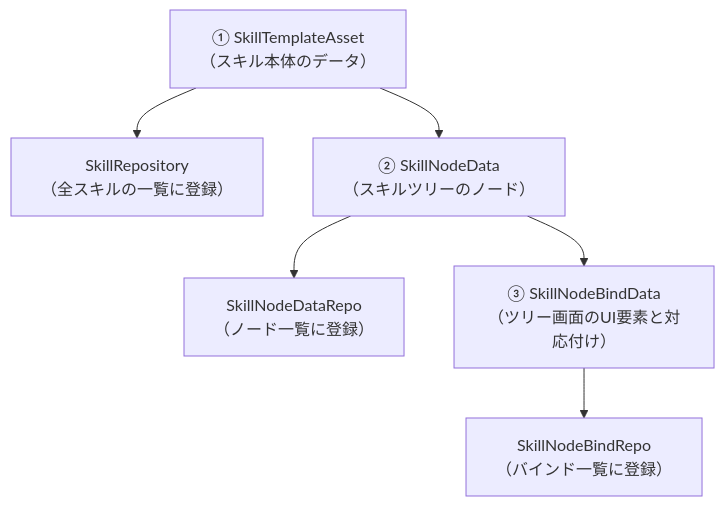
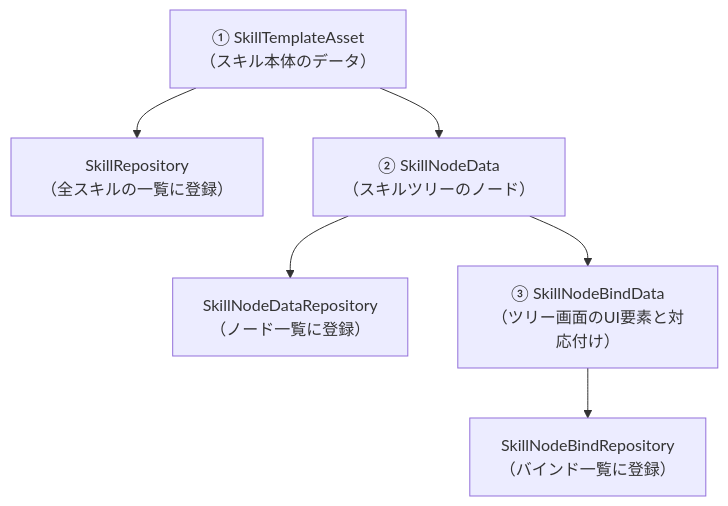
One commit to HIBIKI5201/SymphonyKillChord changed the second of 2 diagrams in Assets/Docs/PlannerGuide/MasterDataGuide.md. Above: the diagram before and after it, drawn with Mermaid. The commit also changed other lines of this file and 89 other files, not shown here.

````diff
--- a/Assets/Docs/PlannerGuide/MasterDataGuide.md
+++ b/Assets/Docs/PlannerGuide/MasterDataGuide.md
@@ -233,8 +233,8 @@
 ```mermaid
 graph TD
     A["① SkillTemplateAsset<br>（スキル本体のデータ）"] --> B["SkillRepository<br>（全スキルの一覧に登録）"]
     A --> C["② SkillNodeData<br>（スキルツリーのノード）"]
-    C --> D["SkillNodeDataRepo<br>（ノード一覧に登録）"]
+    C --> D["SkillNodeDataRepository<br>（ノード一覧に登録）"]
     C --> E["③ SkillNodeBindData<br>（ツリー画面のUI要素と対応付け）"]
-    E --> F["SkillNodeBindRepo<br>（バインド一覧に登録）"]
+    E --> F["SkillNodeBindRepository<br>（バインド一覧に登録）"]
 ```
````
